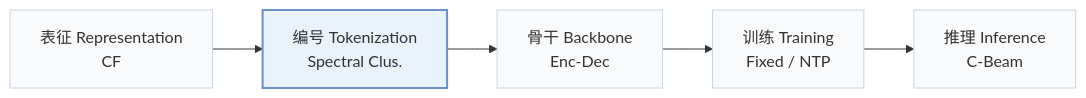
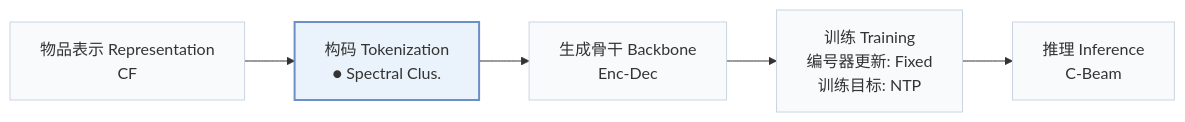
The first of 2 diagrams in pages/zh/papers/cid.md (Galaxy-ghost/Awesome-SID-Generative-Rec), drawn with Mermaid before and after one commit. The commit also changed other lines of this file and 558 other files, not shown here.

````diff
--- a/pages/zh/papers/cid.md
+++ b/pages/zh/papers/cid.md
@@ -15,8 +18,8 @@
 ```mermaid
 flowchart LR
-    R["表征 Representation<br/>CF"] --> T["编号 Tokenization<br/>Spectral Clus."] --> B["骨干 Backbone<br/>Enc-Dec"] --> TR["训练 Training<br/>Fixed / NTP"] --> I["推理 Inference<br/>C-Beam"]
+    R["物品表示 Representation<br/>CF"] --> T["构码 Tokenization<br/>● Spectral Clus."] --> B["生成骨干 Backbone<br/>Enc-Dec"] --> TR["训练 Training<br/>编号器更新: Fixed<br/>训练目标: NTP"] --> I["推理 Inference<br/>C-Beam"]
     classDef base fill:#f8fafc,stroke:#cbd5e1
     class R,T,B,TR,I base
     classDef main fill:#eaf2fb,stroke:#6b8fc7,stroke-width:2px
     class T main
 ```
````
